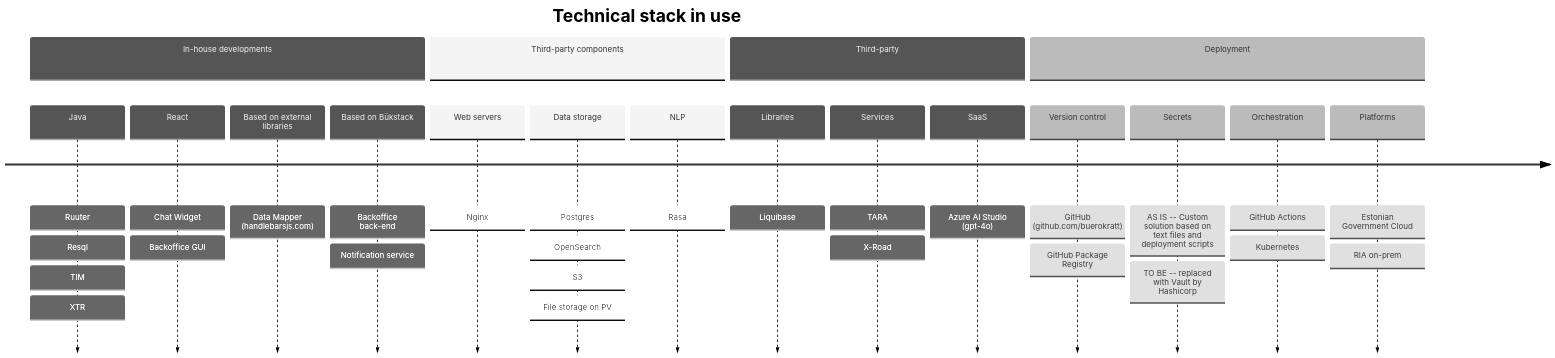
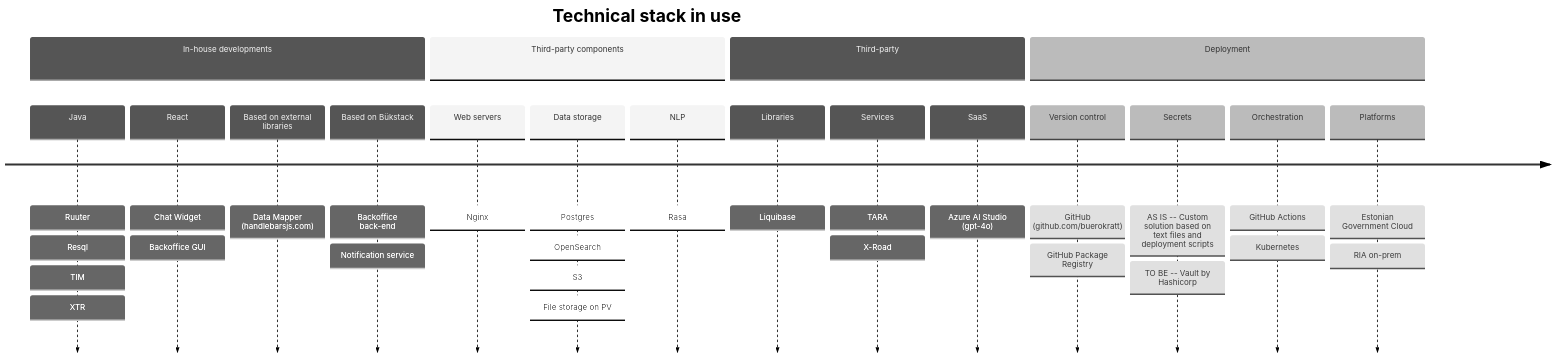
The diagram in docs/technical-stack.md (buerokratt/buerokratt), drawn with Mermaid (neutral theme) before and after one commit.

Commit message:
Typo fix

````diff
--- a/docs/technical-stack.md
+++ b/docs/technical-stack.md
@@ -19,39 +19,39 @@
 ```mermaid
 timeline
     title Technical stack in use
 
     section In-house developments
         Java    :   Ruuter
                 :   Resql
                 :   TIM
                 :   XTR
         React   :   Chat Widget
                 :   Backoffice GUI
         Based on external libraries :   Data Mapper<br>(handlebarsjs.com)
         Based on Bükstack   :   Backoffice back-end
                             :   Notification service
 
     section Third-party components
         Web servers :   Nginx
         Data storage    :   Postgres
                         :   OpenSearch
                         :   S3
                         :   File storage on PV
         NLP :   Rasa
     
     section Third-party
         Libraries   :   Liquibase
         Services    :   TARA
                     :   X-Road
         SaaS        :   Azure AI Studio (gpt-4o)
     
     section Deployment
         Version control :   GitHub (github.com/buerokratt)
                         :   GitHub Package Registry
         Secrets         :   AS IS -- Custom solution based on text files and deployment scripts
-                        :   TO BE -- replaced with Vault by Hashicorp
+                        :   TO BE -- Vault by Hashicorp
         Orchestration   :   GitHub Actions
                         :   Kubernetes
         Platforms       :   Estonian Government Cloud
                         :   RIA on-prem
 ```
````
